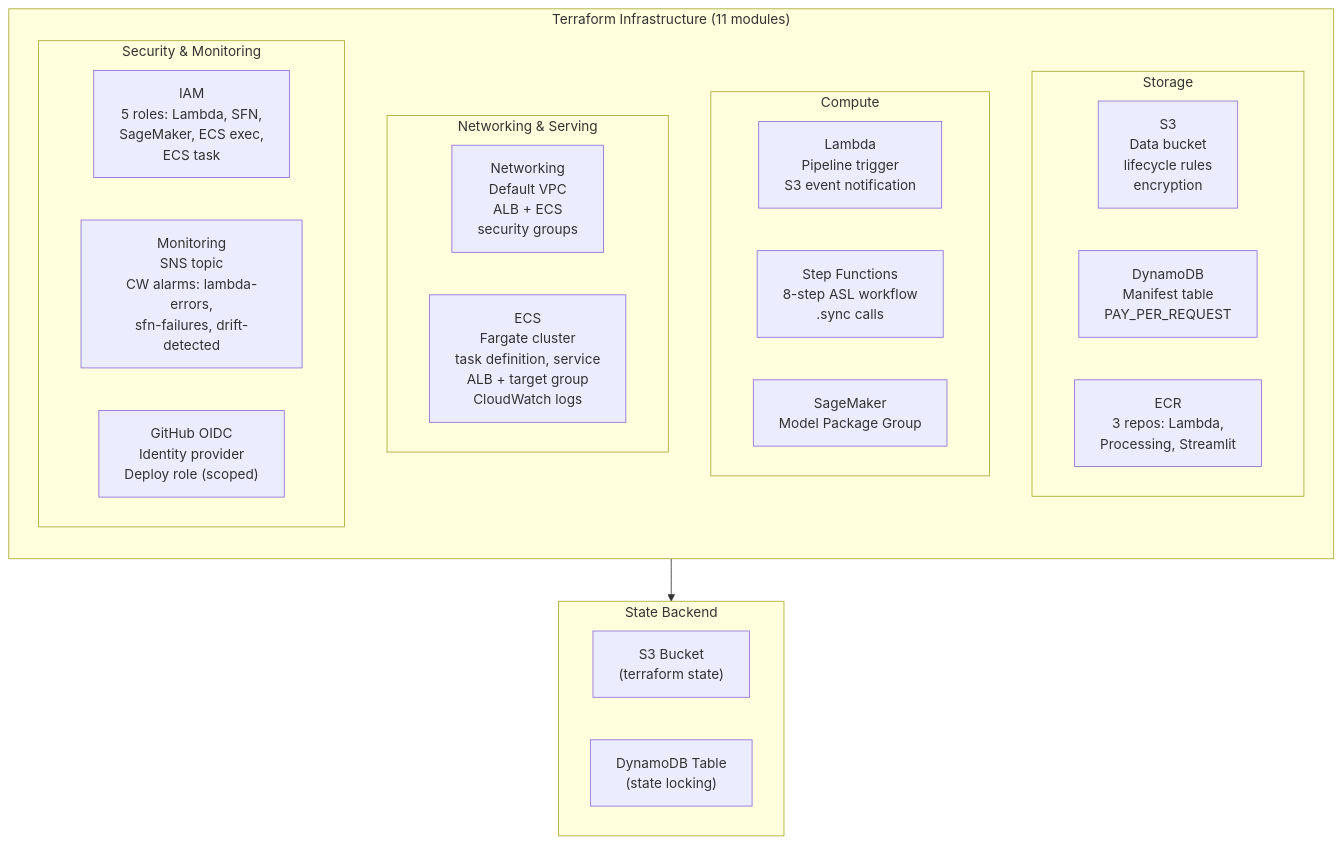
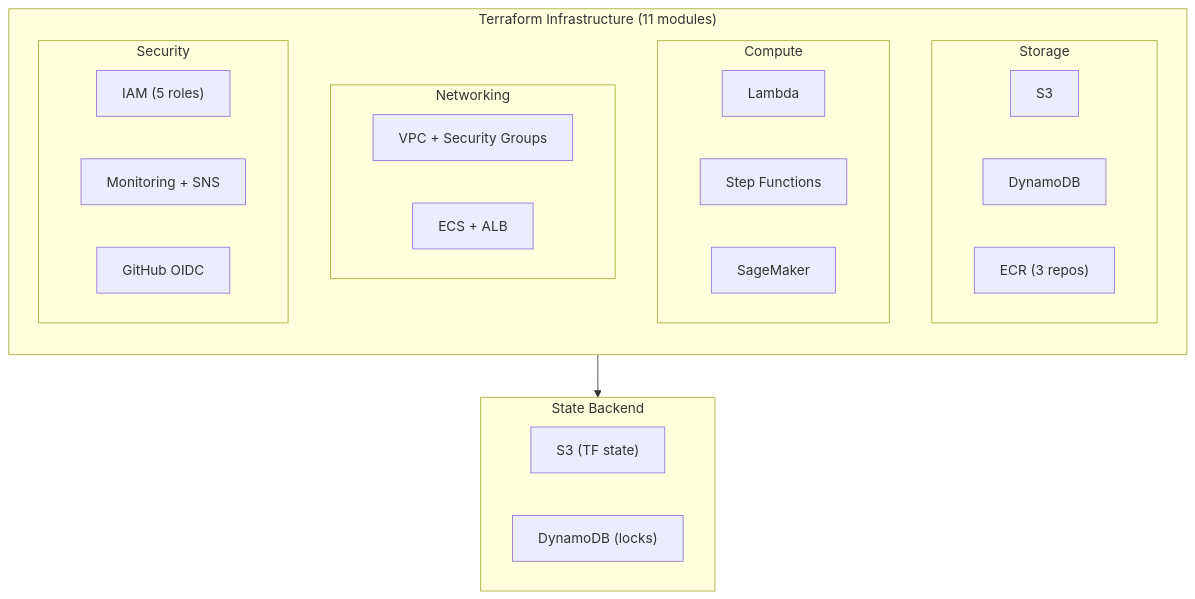
The eighth of 8 diagrams in README.md (rawad-yared/bcgx-spanishgas-g1), drawn with Mermaid before and after one commit. The commit also changed other lines of this file, not shown here.

First line of the commit message:
Shorten Mermaid diagram labels to prevent text clipping

````diff
--- a/README.md
+++ b/README.md
@@ -401,36 +428,36 @@
 ```mermaid
 graph TB
     subgraph Terraform["Terraform Infrastructure (11 modules)"]
         direction TB
 
         subgraph Storage_Infra["Storage"]
-            S3_MOD["S3<br/>Data bucket<br/>lifecycle rules<br/>encryption"]
-            DDB_MOD["DynamoDB<br/>Manifest table<br/>PAY_PER_REQUEST"]
-            ECR_MOD["ECR<br/>3 repos: Lambda,<br/>Processing, Streamlit"]
+            S3_MOD["S3"]
+            DDB_MOD["DynamoDB"]
+            ECR_MOD["ECR (3 repos)"]
         end
 
         subgraph Compute_Infra["Compute"]
-            LAMBDA_MOD["Lambda<br/>Pipeline trigger<br/>S3 event notification"]
-            SFN_MOD["Step Functions<br/>8-step ASL workflow<br/>.sync calls"]
-            SM_MOD["SageMaker<br/>Model Package Group"]
+            LAMBDA_MOD["Lambda"]
+            SFN_MOD["Step Functions"]
+            SM_MOD["SageMaker"]
         end
 
-        subgraph Network_Infra["Networking & Serving"]
-            NET_MOD["Networking<br/>Default VPC<br/>ALB + ECS<br/>security groups"]
-            ECS_MOD["ECS<br/>Fargate cluster<br/>task definition, service<br/>ALB + target group<br/>CloudWatch logs"]
+        subgraph Network_Infra["Networking"]
+            NET_MOD["VPC + Security Groups"]
+            ECS_MOD["ECS + ALB"]
         end
 
-        subgraph Security_Infra["Security & Monitoring"]
-            IAM_MOD["IAM<br/>5 roles: Lambda, SFN,<br/>SageMaker, ECS exec,<br/>ECS task"]
-            MON_MOD["Monitoring<br/>SNS topic<br/>CW alarms: lambda-errors,<br/>sfn-failures, drift-detected"]
-            OIDC_MOD["GitHub OIDC<br/>Identity provider<br/>Deploy role (scoped)"]
+        subgraph Security_Infra["Security"]
+            IAM_MOD["IAM (5 roles)"]
+            MON_MOD["Monitoring + SNS"]
+            OIDC_MOD["GitHub OIDC"]
         end
     end
 
     subgraph Backend["State Backend"]
-        S3_STATE["S3 Bucket<br/>(terraform state)"]
-        DDB_LOCK["DynamoDB Table<br/>(state locking)"]
+        S3_STATE["S3 (TF state)"]
+        DDB_LOCK["DynamoDB (locks)"]
     end
 
     Terraform --> Backend
 ```
````
